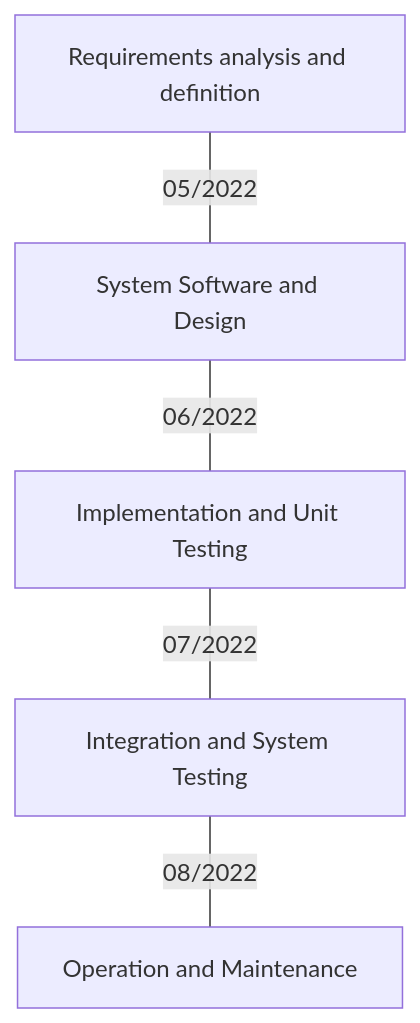
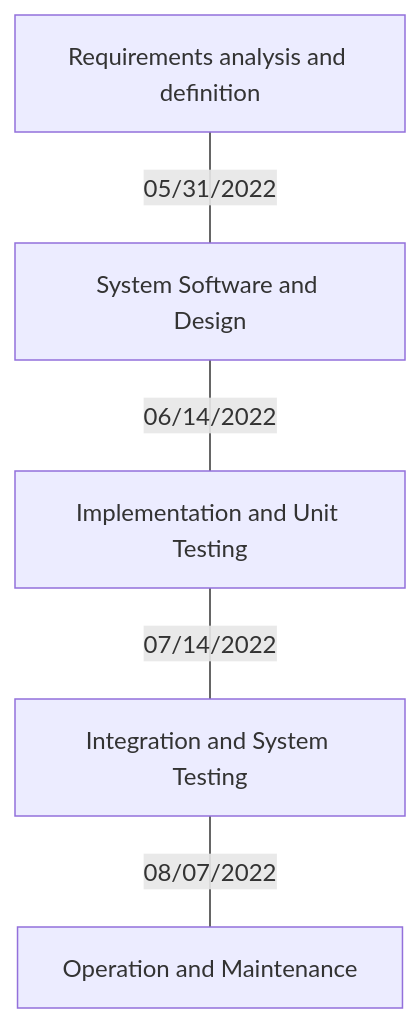
The diagram in campbell_waterfall.md (ngot8/APC_Lab2), drawn with Mermaid before and after one commit.

````diff
--- a/campbell_waterfall.md
+++ b/campbell_waterfall.md
@@ -14,9 +14,9 @@
 ```mermaid
 flowchart TD
 
-A[Requirements analysis and definition]-- 05/2022 ---B
-B[System Software and Design]-- 06/2022 ---C
-C[Implementation and Unit Testing]-- 07/2022 ---D
-D[Integration and System Testing]-- 08/2022 ---E
+A[Requirements analysis and definition]-- 05/31/2022 ---B
+B[System Software and Design]-- 06/14/2022 ---C
+C[Implementation and Unit Testing]-- 07/14/2022 ---D
+D[Integration and System Testing]-- 08/07/2022 ---E
 E[Operation and Maintenance]
 ```
````
